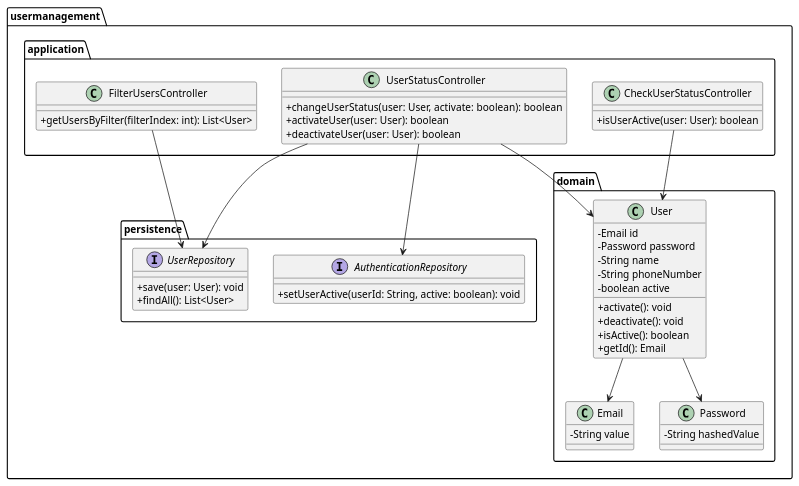
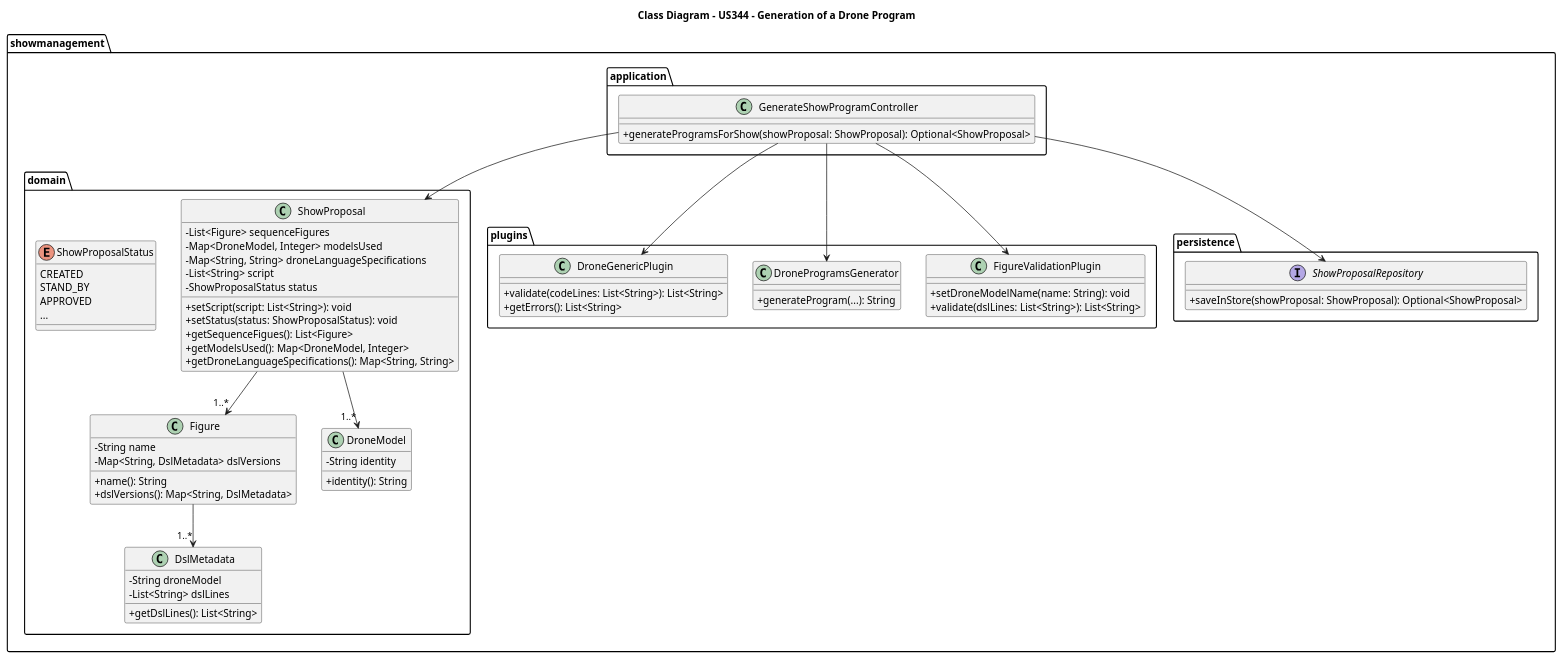
The diagram in docs/planning/sprint3/EAPLI/US344 - Generation of a drone program/03.design/puml/class_diagram.puml (SAEmanuel/Shodrone_ISEP), drawn with PlantUML before and after one commit. The commit also changed 42 other files, not shown here.

```diff
--- a/docs/planning/sprint3/EAPLI/US344 - Generation of a drone program/03.design/puml/class_diagram.puml
+++ b/docs/planning/sprint3/EAPLI/US344 - Generation of a drone program/03.design/puml/class_diagram.puml
@@ -1,62 +1,87 @@
 @startuml
 skinparam classAttributeIconSize 0
 
-package "usermanagement.domain" {
-    class User {
-        - Email id
-        - Password password
-        - String name
-        - String phoneNumber
-        - boolean active
-        + activate(): void
-        + deactivate(): void
-        + isActive(): boolean
-        + getId(): Email
+title Class Diagram - US344 - Generation of a Drone Program
+
+package "showmanagement.domain" {
+    class ShowProposal {
+        - List<Figure> sequenceFigures
+        - Map<DroneModel, Integer> modelsUsed
+        - Map<String, String> droneLanguageSpecifications
+        - List<String> script
+        - ShowProposalStatus status
+
+        + setScript(script: List<String>): void
+        + setStatus(status: ShowProposalStatus): void
+        + getSequenceFigues(): List<Figure>
+        + getModelsUsed(): Map<DroneModel, Integer>
+        + getDroneLanguageSpecifications(): Map<String, String>
     }
 
-    class Email {
-        - String value
+    class Figure {
+        - String name
+        - Map<String, DslMetadata> dslVersions
+
+        + name(): String
+        + dslVersions(): Map<String, DslMetadata>
     }
 
-    class Password {
-        - String hashedValue
+    class DslMetadata {
+        - String droneModel
+        - List<String> dslLines
+
+        + getDslLines(): List<String>
     }
 
-    User --> Email
-    User --> Password
+    enum ShowProposalStatus {
+        CREATED
+        STAND_BY
+        APPROVED
+        ...
+    }
+
+    class DroneModel {
+        - String identity
+        + identity(): String
+    }
+
+    ShowProposal --> "1..*" Figure
+    ShowProposal --> "1..*" DroneModel
+    Figure --> "1..*" DslMetadata
 }
 
-package "usermanagement.application" {
-    class FilterUsersController {
-        + getUsersByFilter(filterIndex: int): List<User>
-    }
-
-    class CheckUserStatusController {
-        + isUserActive(user: User): boolean
-    }
-
-    class UserStatusController {
-        + changeUserStatus(user: User, activate: boolean): boolean
-        + activateUser(user: User): boolean
-        + deactivateUser(user: User): boolean
+package "showmanagement.application" {
+    class GenerateShowProgramController {
+        + generateProgramsForShow(showProposal: ShowProposal): Optional<ShowProposal>
     }
 }
 
-package "usermanagement.persistence" {
-    interface UserRepository {
-        + save(user: User): void
-        + findAll(): List<User>
+package "showmanagement.plugins" {
+    class FigureValidationPlugin {
+        + setDroneModelName(name: String): void
+        + validate(dslLines: List<String>): List<String>
     }
 
-    interface AuthenticationRepository {
-        + setUserActive(userId: String, active: boolean): void
+    class DroneProgramsGenerator {
+        + generateProgram(...): String
+    }
+
+    class DroneGenericPlugin {
+        + validate(codeLines: List<String>): List<String>
+        + getErrors(): List<String>
     }
 }
 
-FilterUsersController --> UserRepository
-CheckUserStatusController --> User
-UserStatusController --> User
-UserStatusController --> UserRepository
-UserStatusController --> AuthenticationRepository
+package "showmanagement.persistence" {
+    interface ShowProposalRepository {
+        + saveInStore(showProposal: ShowProposal): Optional<ShowProposal>
+    }
+}
+
+GenerateShowProgramController --> ShowProposal
+GenerateShowProgramController --> FigureValidationPlugin
+GenerateShowProgramController --> DroneProgramsGenerator
+GenerateShowProgramController --> DroneGenericPlugin
+GenerateShowProgramController --> ShowProposalRepository
 
 @enduml
```
